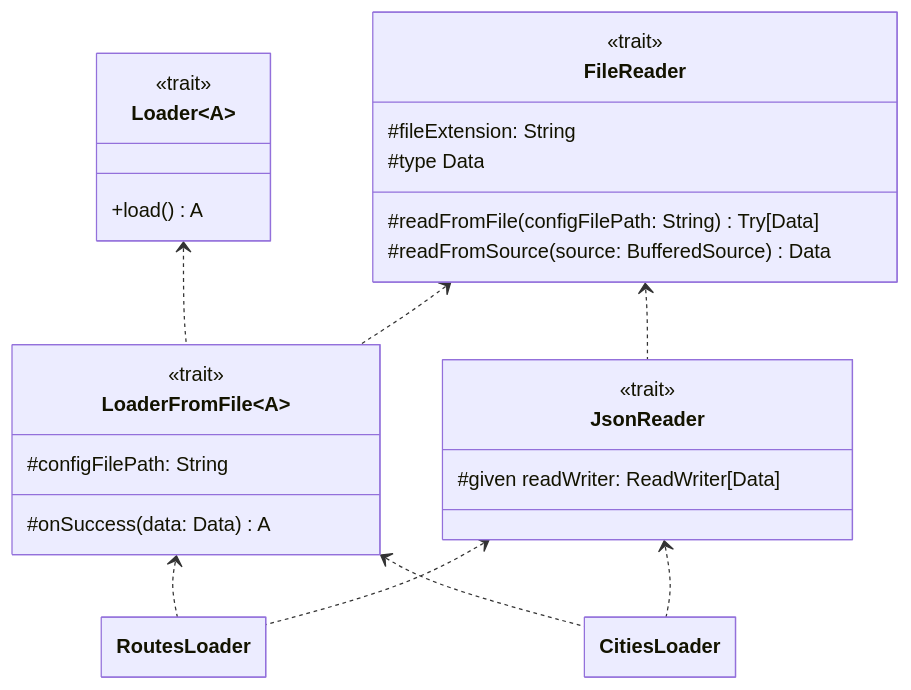
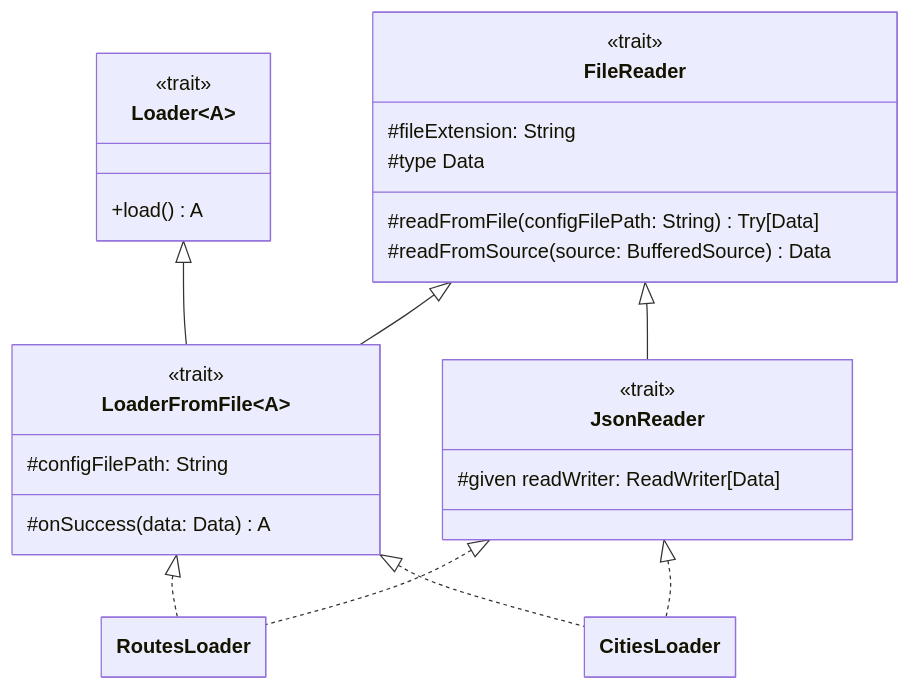
The diagram in docs/loader.md (FilippoPracucci/PPS-24-ttr-scala), drawn with Mermaid before and after one commit. The commit also changed 1 other file, not shown here.

Commit message:
improve design reports for loader and map

````diff
--- a/docs/loader.md
+++ b/docs/loader.md
@@ -11,35 +11,35 @@
 ```mermaid
 ---
 config:
   class:
     hideEmptyMembersBox: true
 ---
 classDiagram
     class Loader~A~ {
         <<trait>>
         +load() A
     }
     class LoaderFromFile~A~ {
         <<trait>>
         #configFilePath: String
         #onSuccess(data: Data) A
     }
     class FileReader {
         <<trait>>
         #fileExtension: String
         #type Data
         #readFromFile(configFilePath: String) Try[Data]
         #readFromSource(source: BufferedSource) Data
     }
     class JsonReader {
         <<trait>>
         #given readWriter: ReadWriter[Data]
     }
-    Loader <.. LoaderFromFile
-    FileReader <..LoaderFromFile
-    FileReader <.. JsonReader
-    LoaderFromFile <.. RoutesLoader
-    JsonReader <.. RoutesLoader
-    LoaderFromFile <.. CitiesLoader
-    JsonReader <.. CitiesLoader
+    Loader <|-- LoaderFromFile
+    FileReader <|-- LoaderFromFile
+    FileReader <|-- JsonReader
+    LoaderFromFile <|.. RoutesLoader
+    JsonReader <|.. RoutesLoader
+    LoaderFromFile <|.. CitiesLoader
+    JsonReader <|.. CitiesLoader
 ```
````
